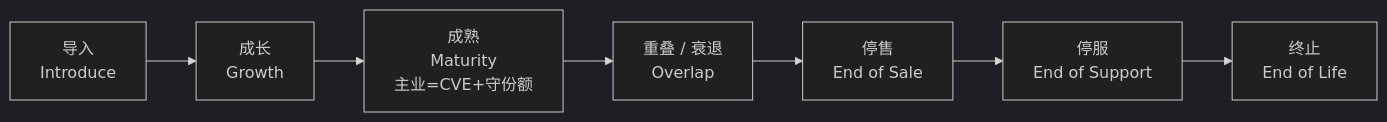
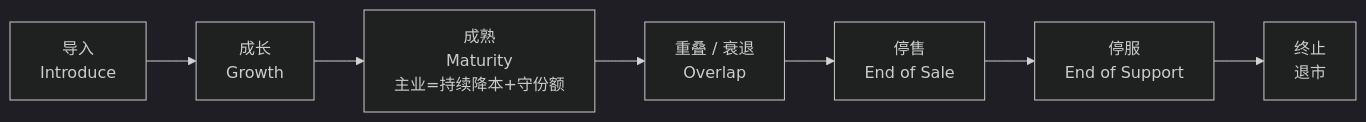
Before and after one commit to analyst2004lx/paper01: the ninth of 29 diagrams in 产品管理/战略和产品管理.md, drawn with Mermaid (dark theme). The commit also changed other lines of this file and 2 other files, not shown here.

````diff
--- a/产品管理/战略和产品管理.md
+++ b/产品管理/战略和产品管理.md
@@ -1042,9 +1047,9 @@
 ```mermaid
 flowchart LR
     I["导入<br/>Introduce"] --> G["成长<br/>Growth"]
-    G --> M["成熟<br/>Maturity<br/>主业=CVE+守份额"]
+    G --> M["成熟<br/>Maturity<br/>主业=持续降本+守份额"]
     M --> OV["重叠 / 衰退<br/>Overlap"]
     OV --> EOS["停售<br/>End of Sale"]
     EOS --> EOSP["停服<br/>End of Support"]
-    EOSP --> EOL["终止<br/>End of Life"]
+    EOSP --> EOL["终止<br/>退市"]
 ```
````
